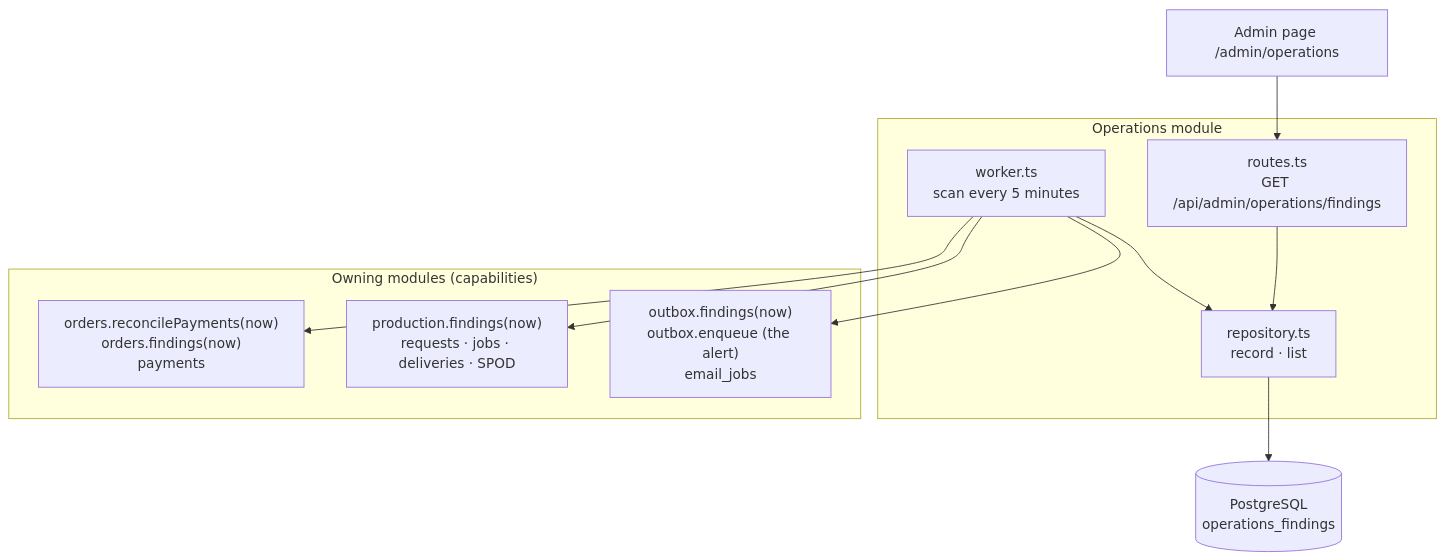
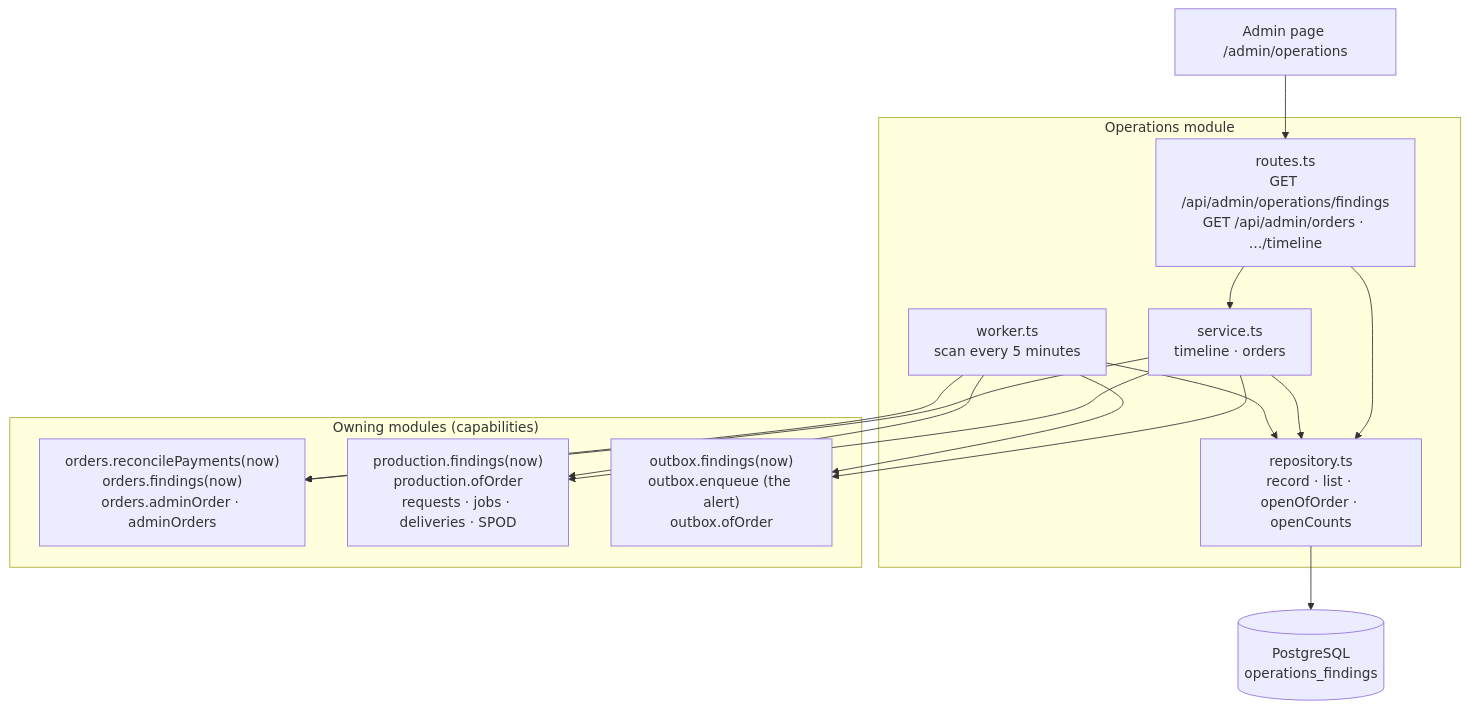
Before and after one commit to bitstorm-tech/voenix-shop-kotlin: the diagram in docs/dev/backend-ts/packages/operations-package.md, drawn with Mermaid. The commit also changed other lines of this file and 47 other files, not shown here.

Commit message:
Record every order transition as an event and show an order's timeline to admins (#282 T4)

````diff
--- a/docs/dev/backend-ts/packages/operations-package.md
+++ b/docs/dev/backend-ts/packages/operations-package.md
@@ -46,22 +54,25 @@
 ```mermaid
 flowchart TB
     Admin["Admin page /admin/operations"]
 
     subgraph Operations["Operations module"]
-        Routes["routes.ts<br/>GET /api/admin/operations/findings"]
+        Routes["routes.ts<br/>GET /api/admin/operations/findings<br/>GET /api/admin/orders · …/timeline"]
+        Service["service.ts<br/>timeline · orders"]
         Worker["worker.ts<br/>scan every 5 minutes"]
-        Repository["repository.ts<br/>record · list"]
+        Repository["repository.ts<br/>record · list · openOfOrder · openCounts"]
     end
 
     subgraph Owners["Owning modules (capabilities)"]
-        Orders["orders.reconcilePayments(now)<br/>orders.findings(now)<br/>payments"]
-        Production["production.findings(now)<br/>requests · jobs · deliveries · SPOD"]
-        Outbox["outbox.findings(now)<br/>outbox.enqueue (the alert)<br/>email_jobs"]
+        Orders["orders.reconcilePayments(now)<br/>orders.findings(now)<br/>orders.adminOrder · adminOrders"]
+        Production["production.findings(now)<br/>production.ofOrder<br/>requests · jobs · deliveries · SPOD"]
+        Outbox["outbox.findings(now)<br/>outbox.enqueue (the alert)<br/>outbox.ofOrder"]
     end
 
     Table[("PostgreSQL<br/>operations_findings")]
 
     Admin --> Routes --> Repository
+    Routes --> Service --> Repository
+    Service --> Orders & Production & Outbox
     Worker --> Orders & Production & Outbox
     Worker --> Repository --> Table
 ```
````
